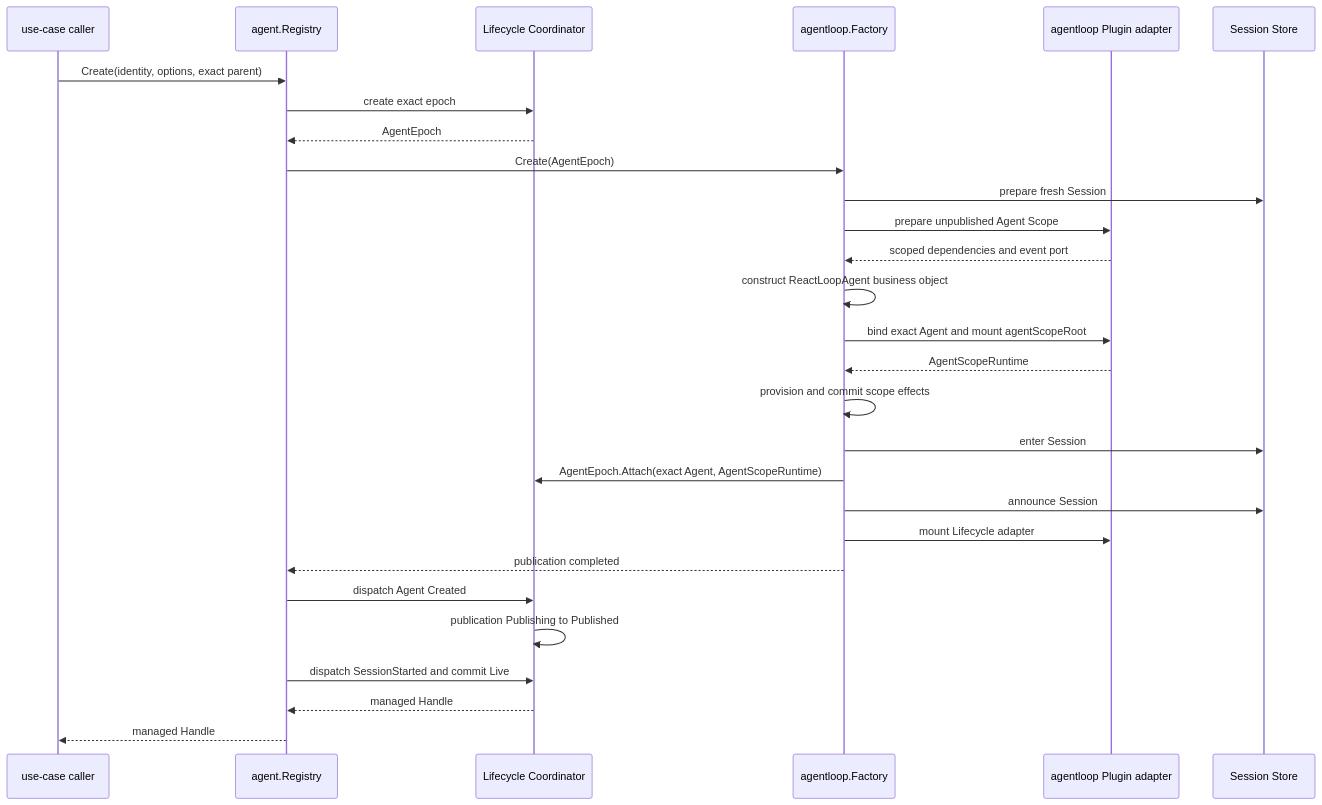
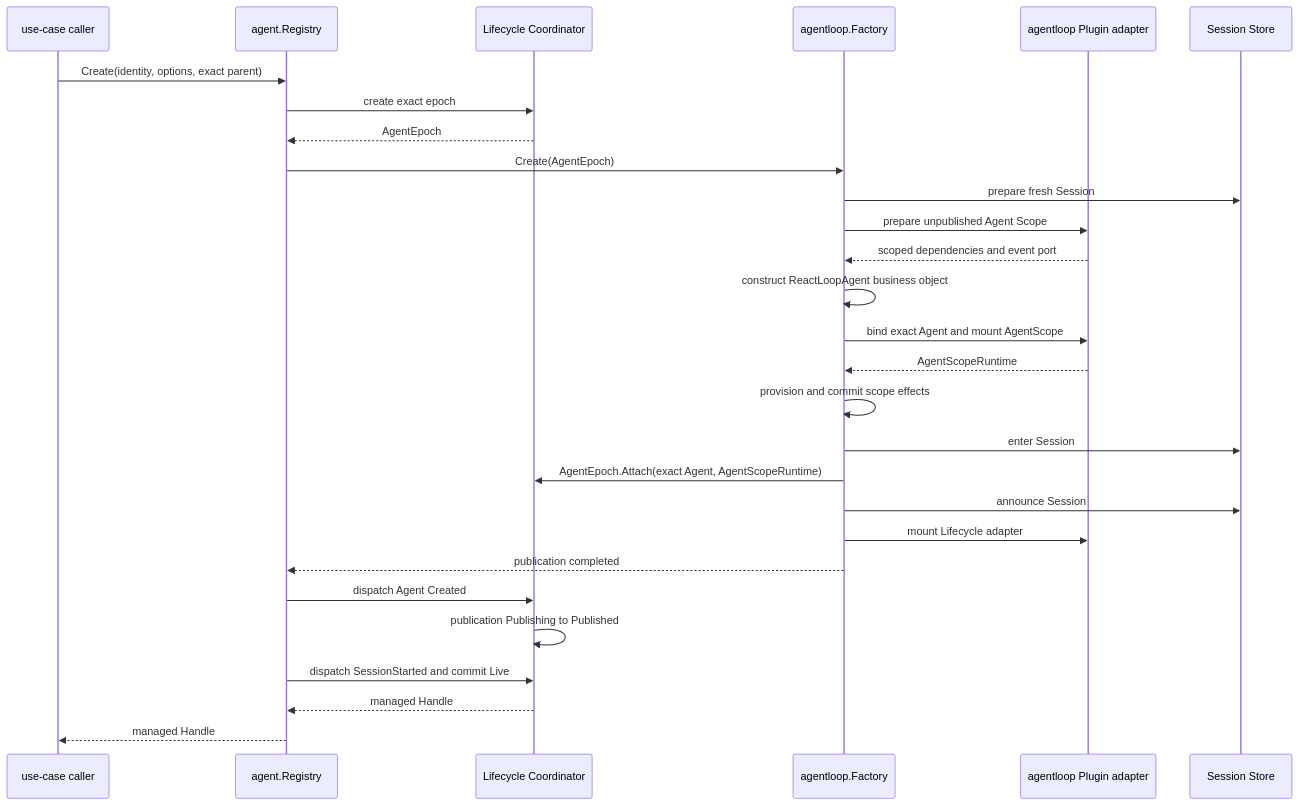
The diagram in zh-CN/Agent构造事务与调用流程设计.md (gorenx/goren), drawn with Mermaid before and after one commit. The commit also changed other lines of this file and 12 other files, not shown here.

````diff
--- a/zh-CN/Agent构造事务与调用流程设计.md
+++ b/zh-CN/Agent构造事务与调用流程设计.md
@@ -131,31 +131,31 @@
 ```mermaid
 sequenceDiagram
     participant U as use-case caller
     participant R as agent.Registry
     participant C as Lifecycle Coordinator
     participant F as agentloop.Factory
     participant H as agentloop Plugin adapter
     participant S as Session Store
 
     U->>R: Create(identity, options, exact parent)
     R->>C: create exact epoch
     C-->>R: AgentEpoch
     R->>F: Create(AgentEpoch)
     F->>S: prepare fresh Session
     F->>H: prepare unpublished Agent Scope
     H-->>F: scoped dependencies and event port
     F->>F: construct ReactLoopAgent business object
-    F->>H: bind exact Agent and mount agentScopeRoot
+    F->>H: bind exact Agent and mount AgentScope
     H-->>F: AgentScopeRuntime
     F->>F: provision and commit scope effects
     F->>S: enter Session
     F->>C: AgentEpoch.Attach(exact Agent, AgentScopeRuntime)
     F->>S: announce Session
     F->>H: mount Lifecycle adapter
     F-->>R: publication completed
     R->>C: dispatch Agent Created
     C->>C: publication Publishing to Published
     R->>C: dispatch SessionStarted and commit Live
     C-->>R: managed Handle
     R-->>U: managed Handle
 ```
````
